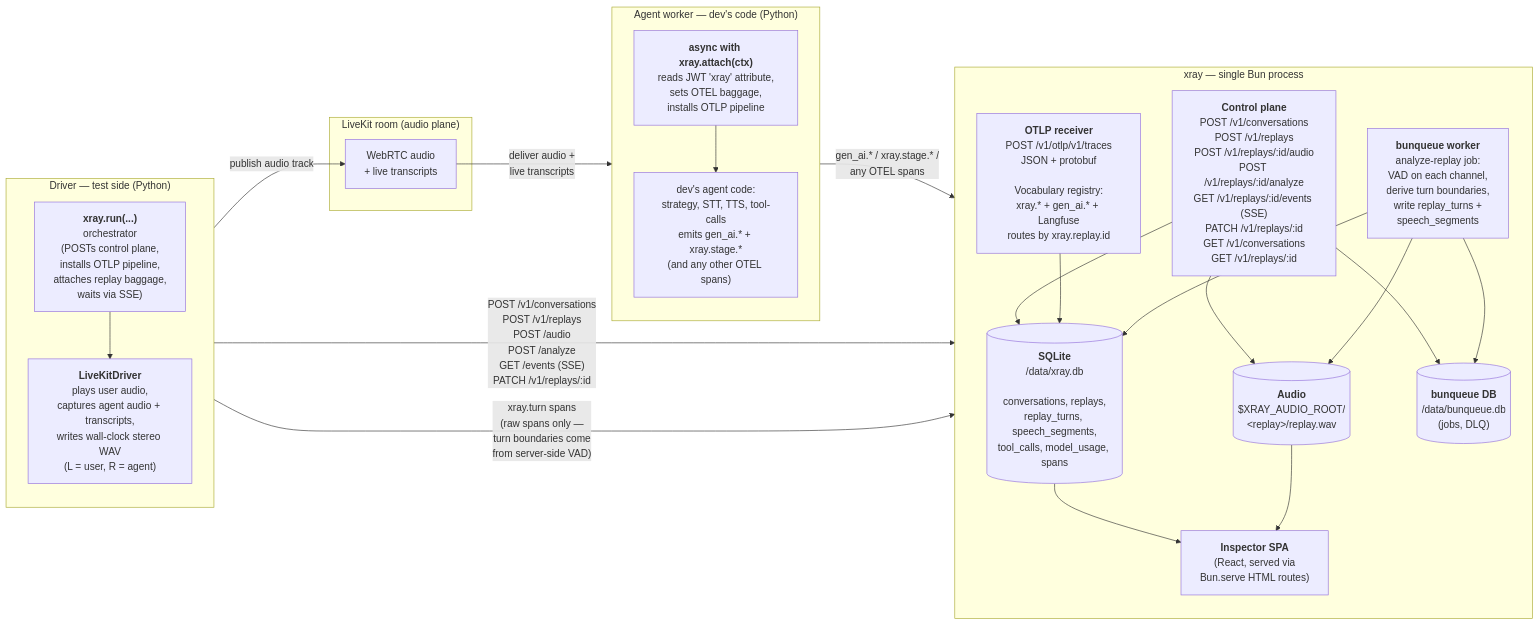
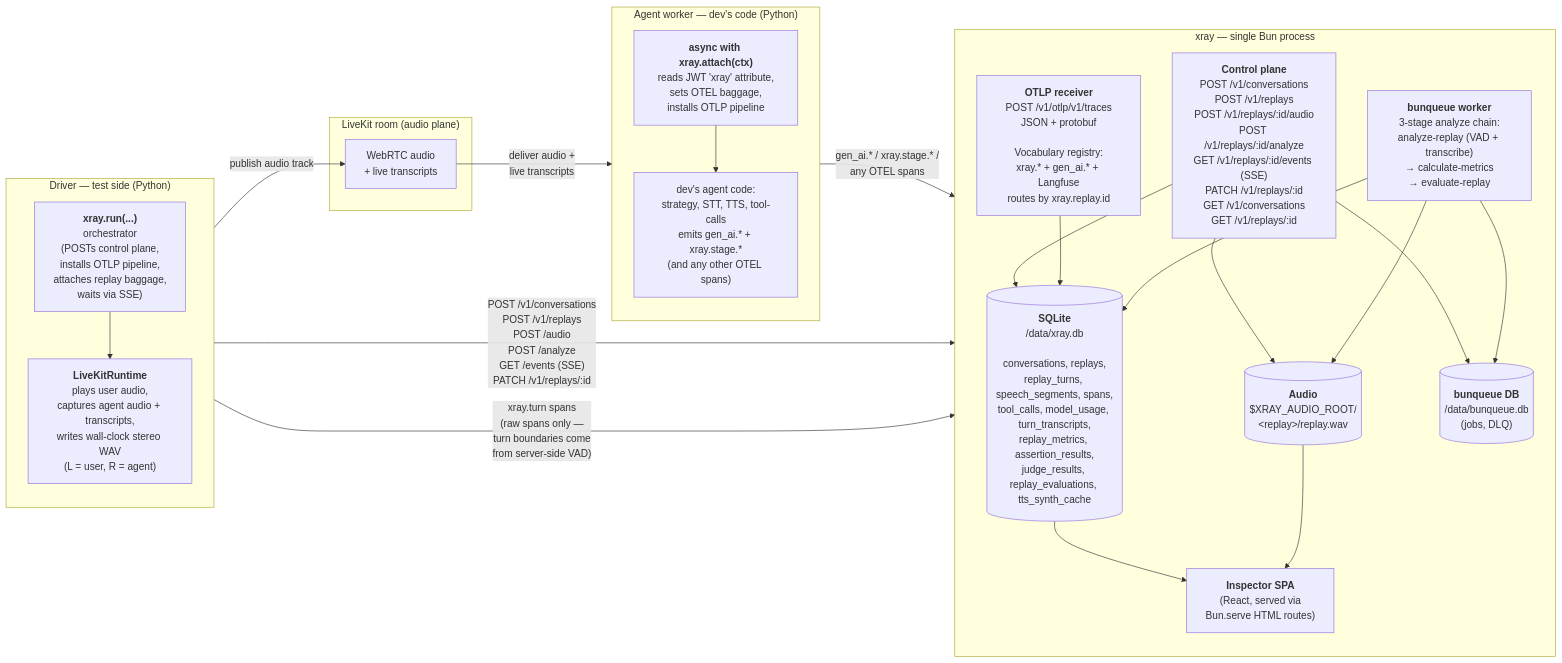
The first of 5 diagrams in docs/architecture.md (xray-eval/xray), drawn with Mermaid before and after one commit. The commit also changed other lines of this file and 14 other files, not shown here.

````diff
--- a/docs/architecture.md
+++ b/docs/architecture.md
@@ -38,46 +44,46 @@
 ```mermaid
 flowchart LR
     subgraph DRV["Driver — test side (Python)"]
       direction TB
       D1["<b>xray.run(...)</b><br/>orchestrator<br/>(POSTs control plane,<br/>installs OTLP pipeline,<br/>attaches replay baggage,<br/>waits via SSE)"]
-      D2["<b>LiveKitDriver</b><br/>plays user audio,<br/>captures agent audio + transcripts,<br/>writes wall-clock stereo WAV<br/>(L = user, R = agent)"]
+      D2["<b>LiveKitRuntime</b><br/>plays user audio,<br/>captures agent audio + transcripts,<br/>writes wall-clock stereo WAV<br/>(L = user, R = agent)"]
       D1 --> D2
     end
 
     subgraph LK["LiveKit room (audio plane)"]
       LKR["WebRTC audio<br/>+ live transcripts"]
     end
 
     subgraph AGT["Agent worker — dev's code (Python)"]
       direction TB
       A1["<b>async with xray.attach(ctx)</b><br/>reads JWT 'xray' attribute,<br/>sets OTEL baggage,<br/>installs OTLP pipeline"]
       A2["dev's agent code:<br/>strategy, STT, TTS, tool-calls<br/>emits gen_ai.* + xray.stage.*<br/>(and any other OTEL spans)"]
       A1 --> A2
     end
 
     subgraph XR["xray — single Bun process"]
       direction TB
       CTL["<b>Control plane</b><br/>POST /v1/conversations<br/>POST /v1/replays<br/>POST /v1/replays/:id/audio<br/>POST /v1/replays/:id/analyze<br/>GET /v1/replays/:id/events (SSE)<br/>PATCH /v1/replays/:id<br/>GET /v1/conversations<br/>GET /v1/replays/:id"]
       OTLP["<b>OTLP receiver</b><br/>POST /v1/otlp/v1/traces<br/>JSON + protobuf<br/><br/>Vocabulary registry:<br/>xray.* + gen_ai.* + Langfuse<br/>routes by xray.replay.id"]
-      JOB["<b>bunqueue worker</b><br/>analyze-replay job:<br/>VAD on each channel,<br/>derive turn boundaries,<br/>write replay_turns +<br/>speech_segments"]
-      DB[("<b>SQLite</b><br/>/data/xray.db<br/><br/>conversations, replays,<br/>replay_turns, speech_segments,<br/>tool_calls, model_usage, spans")]
+      JOB["<b>bunqueue worker</b><br/>3-stage analyze chain:<br/>analyze-replay (VAD + transcribe)<br/>→ calculate-metrics<br/>→ evaluate-replay"]
+      DB[("<b>SQLite</b><br/>/data/xray.db<br/><br/>conversations, replays,<br/>replay_turns, speech_segments, spans,<br/>tool_calls, model_usage, turn_transcripts,<br/>replay_metrics, assertion_results,<br/>judge_results, replay_evaluations, tts_synth_cache")]
       BQDB[("<b>bunqueue DB</b><br/>/data/bunqueue.db<br/>(jobs, DLQ)")]
       AUDIO[("<b>Audio</b><br/>$XRAY_AUDIO_ROOT/<br/>&lt;replay&gt;/replay.wav")]
       SPA["<b>Inspector SPA</b><br/>(React, served via<br/>Bun.serve HTML routes)"]
       CTL --> DB
       CTL --> AUDIO
       CTL --> BQDB
       OTLP --> DB
       JOB --> DB
       JOB --> AUDIO
       JOB --> BQDB
       DB --> SPA
       AUDIO --> SPA
     end
 
     D1 -- "POST /v1/conversations<br/>POST /v1/replays<br/>POST /audio<br/>POST /analyze<br/>GET /events (SSE)<br/>PATCH /v1/replays/:id" --> CTL
     D2 -- "publish audio track" --> LKR
     D2 -- "xray.turn spans<br/>(raw spans only —<br/>turn boundaries come<br/>from server-side VAD)" --> OTLP
     LKR -- "deliver audio +<br/>live transcripts" --> A2
     A2 -- "gen_ai.* / xray.stage.* /<br/>any OTEL spans" --> OTLP
 ```
````
